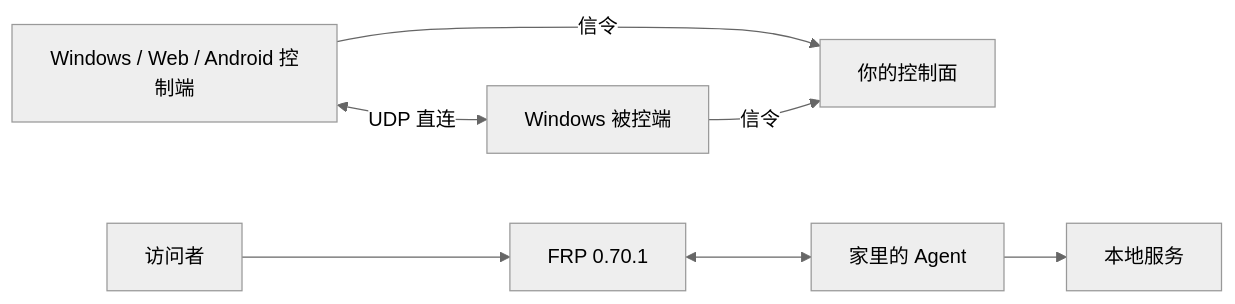
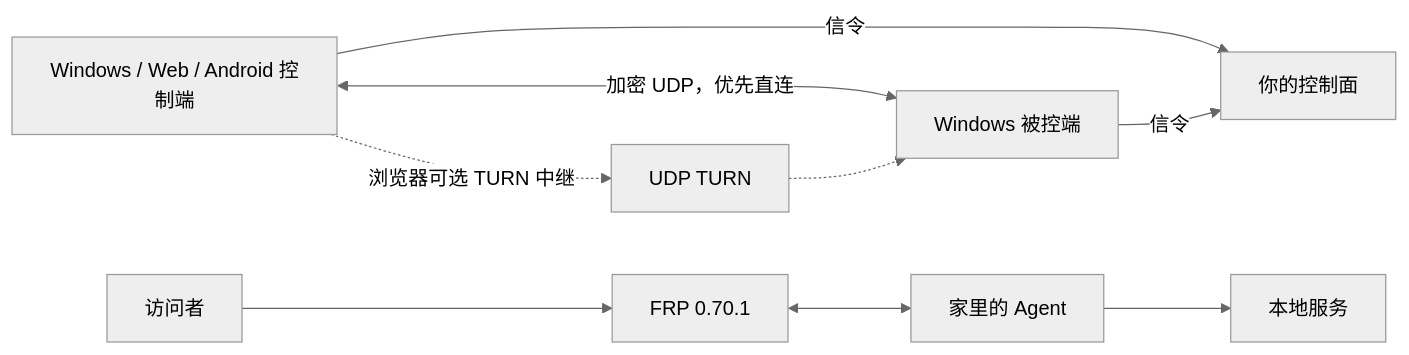
One commit to ZHanry/home-tunnel changed the diagram in README.md. Above: the diagram before and after it, drawn with Mermaid (neutral theme). The commit also changed other lines of this file and 30 other files, not shown here.

````diff
--- a/README.md
+++ b/README.md
@@ -38,9 +40,11 @@
 ```mermaid
 flowchart LR
-  Controller[Windows / Web / Android 控制端] <-->|UDP 直连| Host[Windows 被控端]
+  Controller[Windows / Web / Android 控制端] <-->|加密 UDP，优先直连| Host[Windows 被控端]
+  Controller -.->|浏览器可选 TURN 中继| Relay[UDP TURN]
+  Relay -.-> Host
   Controller -->|信令| Control[你的控制面]
   Host -->|信令| Control
   Visitor[访问者] --> FRP[FRP 0.70.1]
   FRP <--> Agent[家里的 Agent]
   Agent --> App[本地服务]
 ```
````
